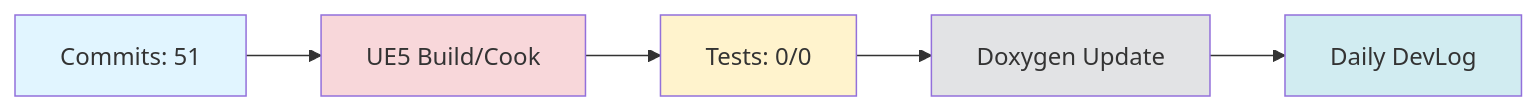
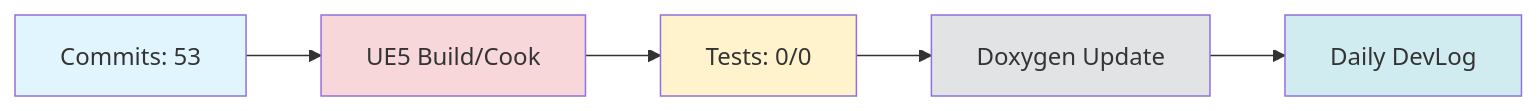
One commit to doppleddiggong/Onepiece changed the diagram in Documents/DevLog/Daily/2025-11-13.md. Above: the diagram before and after it, drawn with Mermaid. The commit also changed other lines of this file and 2 other files, not shown here.

````diff
--- a/Documents/DevLog/Daily/2025-11-13.md
+++ b/Documents/DevLog/Daily/2025-11-13.md
@@ -107,13 +107,13 @@
 ```mermaid
 flowchart LR
-  Dev[Commits: 51] --> Build[UE5 Build/Cook]
+  Dev[Commits: 53] --> Build[UE5 Build/Cook]
   Build --> Test[Tests: 0/0]
   Test --> Doc[Doxygen Update]
   Doc --> Daily[Daily DevLog]
 
   style Dev fill:#e1f5ff
   style Build fill:#f8d7da
   style Test fill:#fff3cd
   style Doc fill:#e2e3e5
   style Daily fill:#d1ecf1
 ```
````
